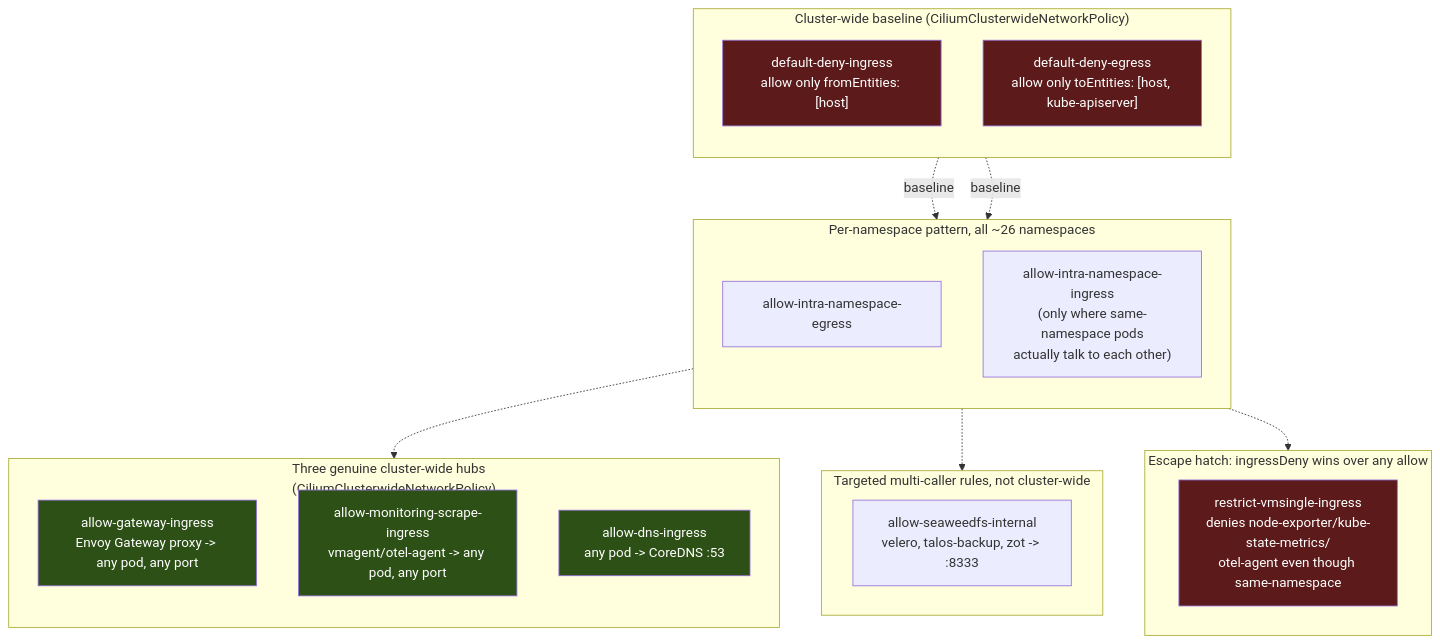
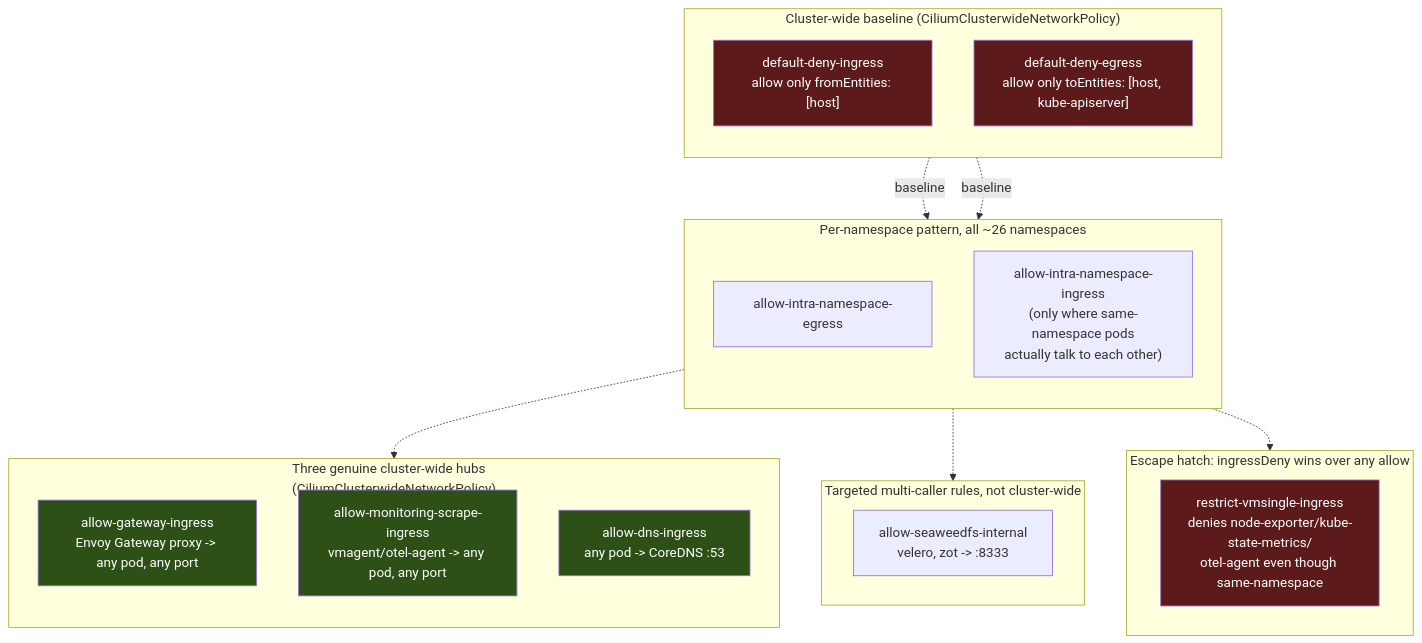
Before and after one commit to bibAtWork/Edge_GitOps: the third of 4 diagrams in docs/network-architecture.md, drawn with Mermaid. The commit also changed other lines of this file and 1 other file, not shown here.

````diff
--- a/docs/network-architecture.md
+++ b/docs/network-architecture.md
@@ -141,42 +141,42 @@
 ```mermaid
 flowchart TB
     subgraph baseline["Cluster-wide baseline (CiliumClusterwideNetworkPolicy)"]
         direction TB
         deny_ing["default-deny-ingress\nallow only fromEntities: [host]"]
         deny_eg["default-deny-egress\nallow only toEntities: [host, kube-apiserver]"]
     end
 
     subgraph pattern["Per-namespace pattern, all ~26 namespaces"]
         direction TB
         intra_eg["allow-intra-namespace-egress"]
         intra_ing["allow-intra-namespace-ingress\n(only where same-namespace pods\nactually talk to each other)"]
     end
 
     subgraph hubs["Three genuine cluster-wide hubs\n(CiliumClusterwideNetworkPolicy)"]
         direction TB
         gw["allow-gateway-ingress\nEnvoy Gateway proxy -> any pod, any port"]
         mon["allow-monitoring-scrape-ingress\nvmagent/otel-agent -> any pod, any port"]
         dns["allow-dns-ingress\nany pod -> CoreDNS :53"]
     end
 
     subgraph targeted["Targeted multi-caller rules, not cluster-wide"]
-        sw["allow-seaweedfs-internal\nvelero, talos-backup, zot -> :8333"]
+        sw["allow-seaweedfs-internal\nvelero, zot -> :8333"]
     end
 
     subgraph escape["Escape hatch: ingressDeny wins over any allow"]
         vm["restrict-vmsingle-ingress\ndenies node-exporter/kube-state-metrics/\notel-agent even though same-namespace"]
     end
 
     deny_ing -.->|baseline| pattern
     deny_eg -.->|baseline| pattern
     pattern -.-> hubs
     pattern -.-> targeted
     pattern -.-> escape
 
     style deny_ing fill:#5c1a1a,color:#fff
     style deny_eg fill:#5c1a1a,color:#fff
     style gw fill:#2d5016,color:#fff
     style mon fill:#2d5016,color:#fff
     style dns fill:#2d5016,color:#fff
     style vm fill:#5c1a1a,color:#fff
 ```
````
